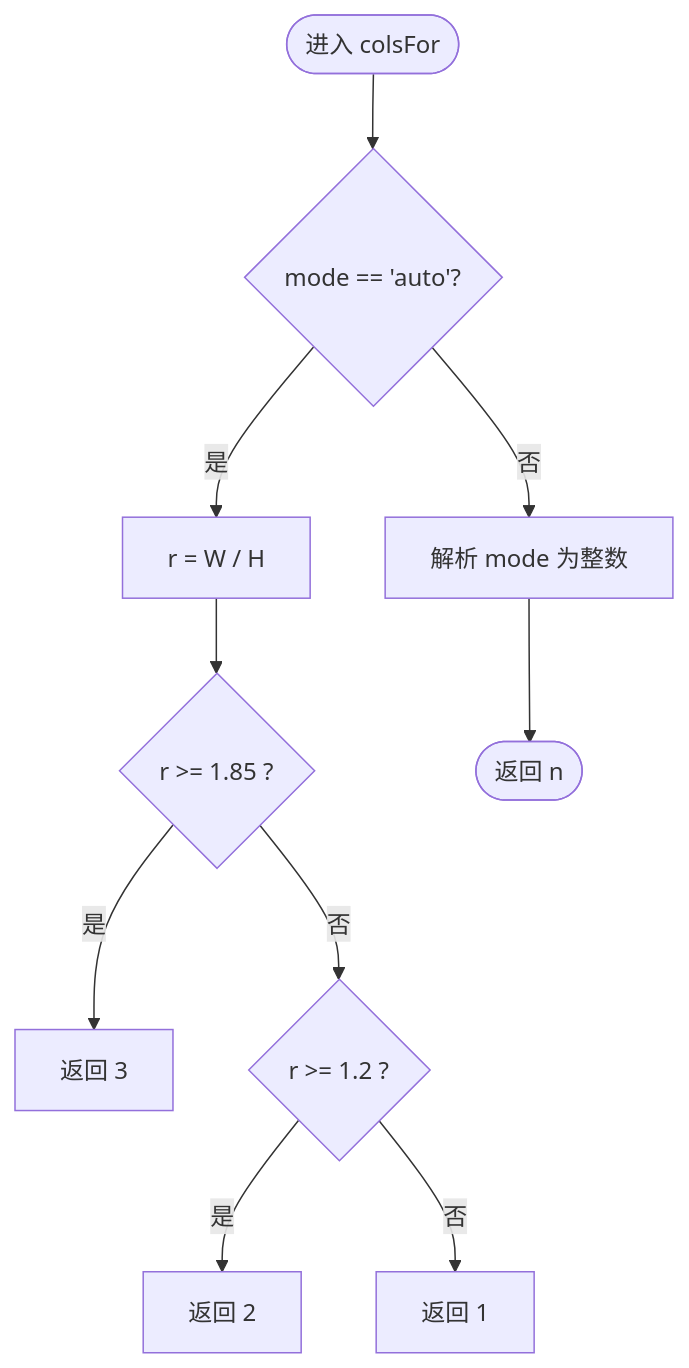
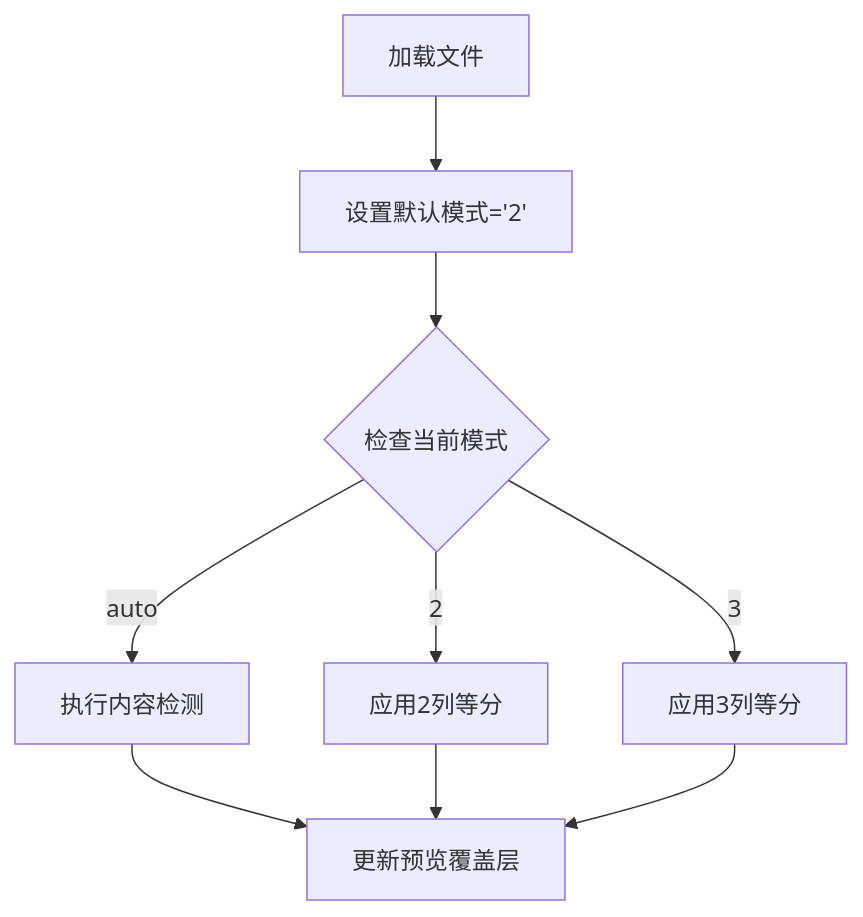
One commit to wzh8080/PDFTools changed the fourth of 9 diagrams in .qoder/repowiki/zh/content/核心功能实现/智能栏数识别.md. Above: the diagram before and after it, drawn with Mermaid. The commit also changed other lines of this file and 29 other files, not shown here.

````diff
--- a/.qoder/repowiki/zh/content/核心功能实现/智能栏数识别.md
+++ b/.qoder/repowiki/zh/content/核心功能实现/智能栏数识别.md
@@ -101,12 +155,11 @@
 ```mermaid
 flowchart TD
-Start(["进入 colsFor"]) --> ModeCheck{"mode == 'auto'?"}
-ModeCheck --> |是| Ratio["r = W / H"]
-Ratio --> Check3{"r >= 1.85 ?"}
-Check3 --> |是| Return3["返回 3"]
-Check3 --> |否| Check2{"r >= 1.2 ?"}
-Check2 --> |是| Return2["返回 2"]
-Check2 --> |否| Return1["返回 1"]
-ModeCheck --> |否| ParseMode["解析 mode 为整数"]
-ParseMode --> End(["返回 n"])
+LoadFile["加载文件"] --> SetDefault["设置默认模式='2'"]
+SetDefault --> CheckMode{"检查当前模式"}
+CheckMode --> |auto| DetectContent["执行内容检测"]
+CheckMode --> |2| ApplyEqual2["应用2列等分"]
+CheckMode --> |3| ApplyEqual3["应用3列等分"]
+DetectContent --> UpdateOverlays["更新预览覆盖层"]
+ApplyEqual2 --> UpdateOverlays
+ApplyEqual3 --> UpdateOverlays
 ```
````
